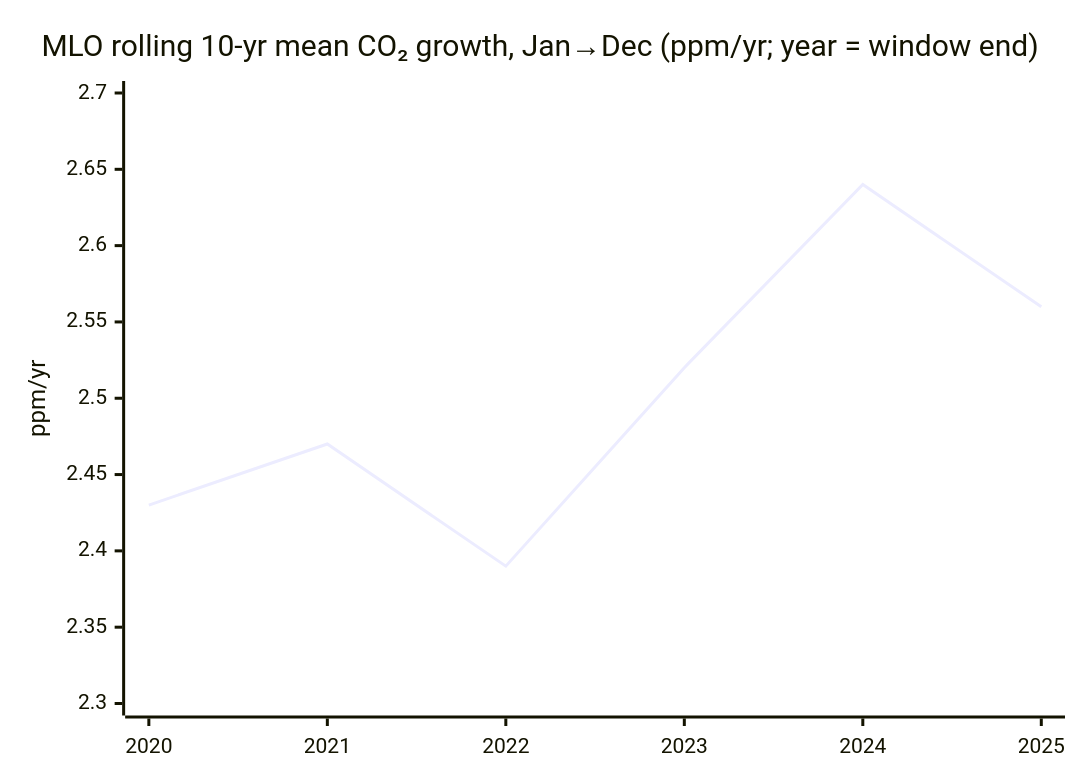
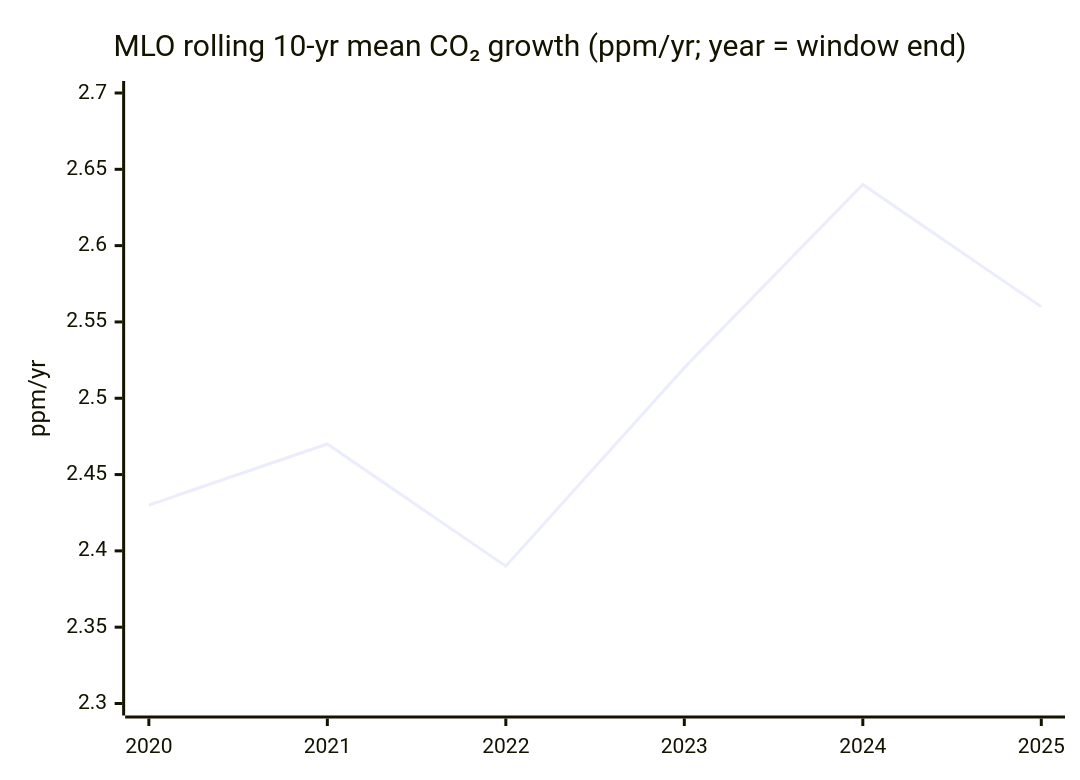
Before and after one commit to pasky/grand-endeavors: the third of 3 diagrams in pilot-26H1/climate.md, drawn with Mermaid. The commit also changed other lines of this file, not shown here.

````diff
--- a/pilot-26H1/climate.md
+++ b/pilot-26H1/climate.md
@@ -77,8 +76,8 @@
 ```mermaid
 xychart-beta
     %% kpi: climate co2-trend-10yr-mlo-jan-dec --label year
-    title "MLO rolling 10-yr mean CO₂ growth, Jan→Dec (ppm/yr; year = window end)"
+    title "MLO rolling 10-yr mean CO₂ growth (ppm/yr; year = window end)"
     x-axis [2020, 2021, 2022, 2023, 2024, 2025]
     y-axis "ppm/yr" 2.3 --> 2.7
     line [2.43, 2.47, 2.39, 2.52, 2.64, 2.56]
 ```
````
